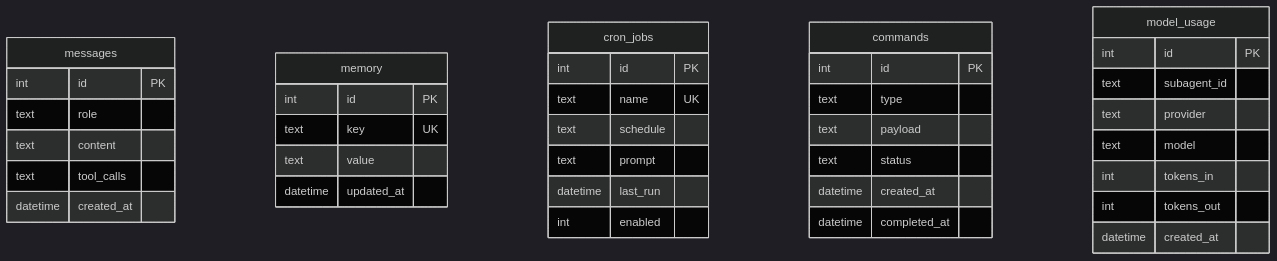
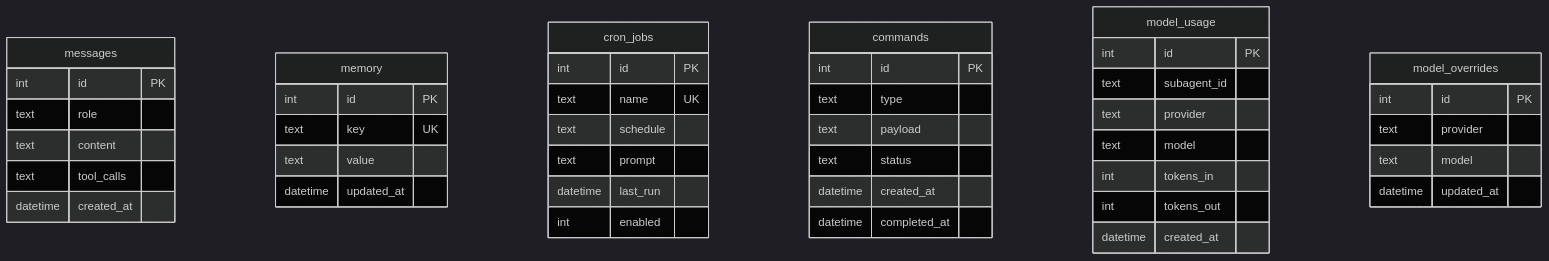
One commit to dbbaskette/herald changed the fourth of 4 diagrams in README.md. Above: the diagram before and after it, drawn with Mermaid (dark theme). The commit also changed other lines of this file and 57 other files, not shown here.

````diff
--- a/README.md
+++ b/README.md
@@ -341,41 +342,47 @@
 ```mermaid
 erDiagram
     messages {
         int id PK
         text role
         text content
         text tool_calls
         datetime created_at
     }
     memory {
         int id PK
         text key UK
         text value
         datetime updated_at
     }
     cron_jobs {
         int id PK
         text name UK
         text schedule
         text prompt
         datetime last_run
         int enabled
     }
     commands {
         int id PK
         text type
         text payload
         text status
         datetime created_at
         datetime completed_at
     }
     model_usage {
         int id PK
         text subagent_id
         text provider
         text model
         int tokens_in
         int tokens_out
         datetime created_at
     }
+    model_overrides {
+        int id PK
+        text provider
+        text model
+        datetime updated_at
+    }
 ```
````
